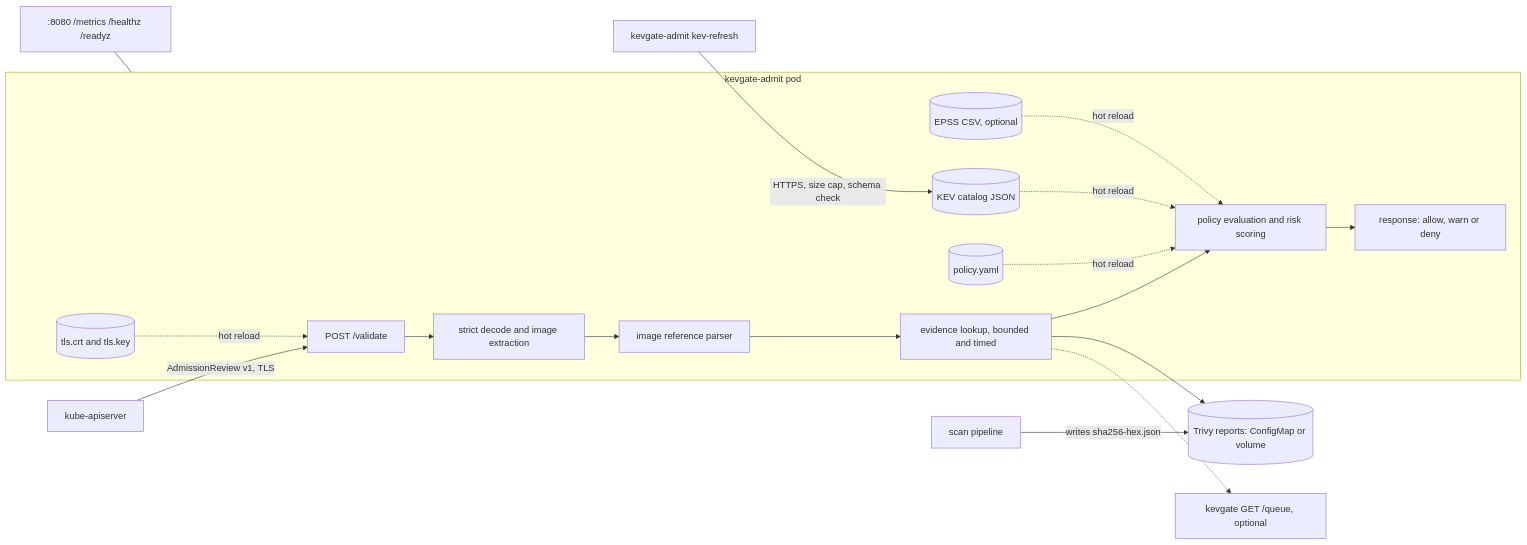
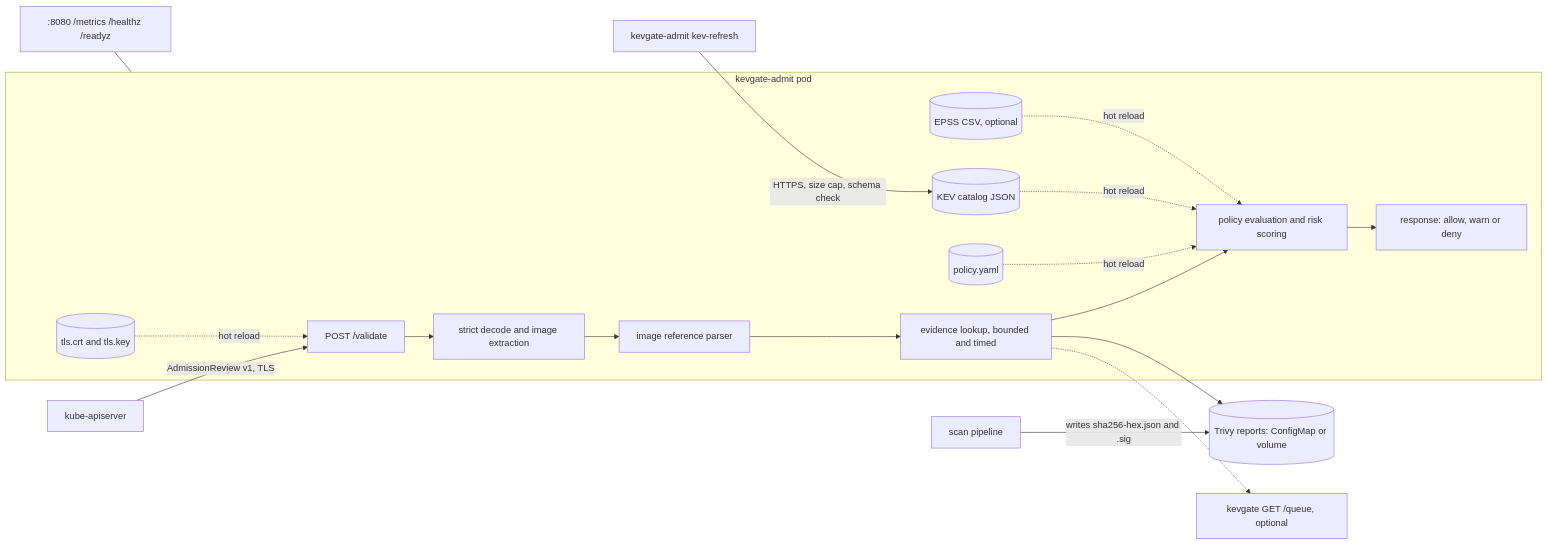
Before and after one commit to samiali38183/kevgate-admit: the diagram in README.md, drawn with Mermaid. The commit also changed other lines of this file and 5 other files, not shown here.

````diff
--- a/README.md
+++ b/README.md
@@ -22,20 +22,20 @@
 ```mermaid
 flowchart LR
     API[kube-apiserver] -->|AdmissionReview v1, TLS| H[POST /validate]
     subgraph webhook [kevgate-admit pod]
         H --> D[strict decode and image extraction]
         D --> R[image reference parser]
         R --> L[evidence lookup, bounded and timed]
         L --> E[policy evaluation and risk scoring]
         E --> O[response: allow, warn or deny]
         P[(policy.yaml)] -. hot reload .-> E
         K[(KEV catalog JSON)] -. hot reload .-> E
         S[(EPSS CSV, optional)] -. hot reload .-> E
         C[(tls.crt and tls.key)] -. hot reload .-> H
     end
     L --> T[(Trivy reports: ConfigMap or volume)]
     L -.-> Q[kevgate GET /queue, optional]
-    SCAN[scan pipeline] -->|writes sha256-hex.json| T
+    SCAN[scan pipeline] -->|writes sha256-hex.json and .sig| T
     OPS[kevgate-admit kev-refresh] -->|HTTPS, size cap, schema check| K
     M[:8080 /metrics /healthz /readyz] --- webhook
 ```
````
